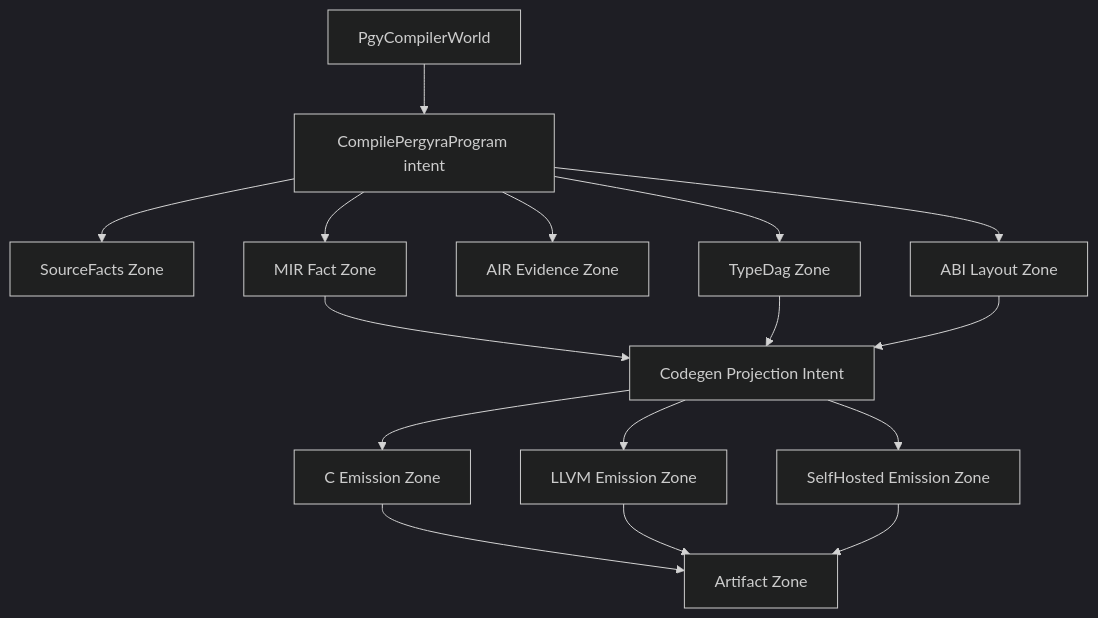
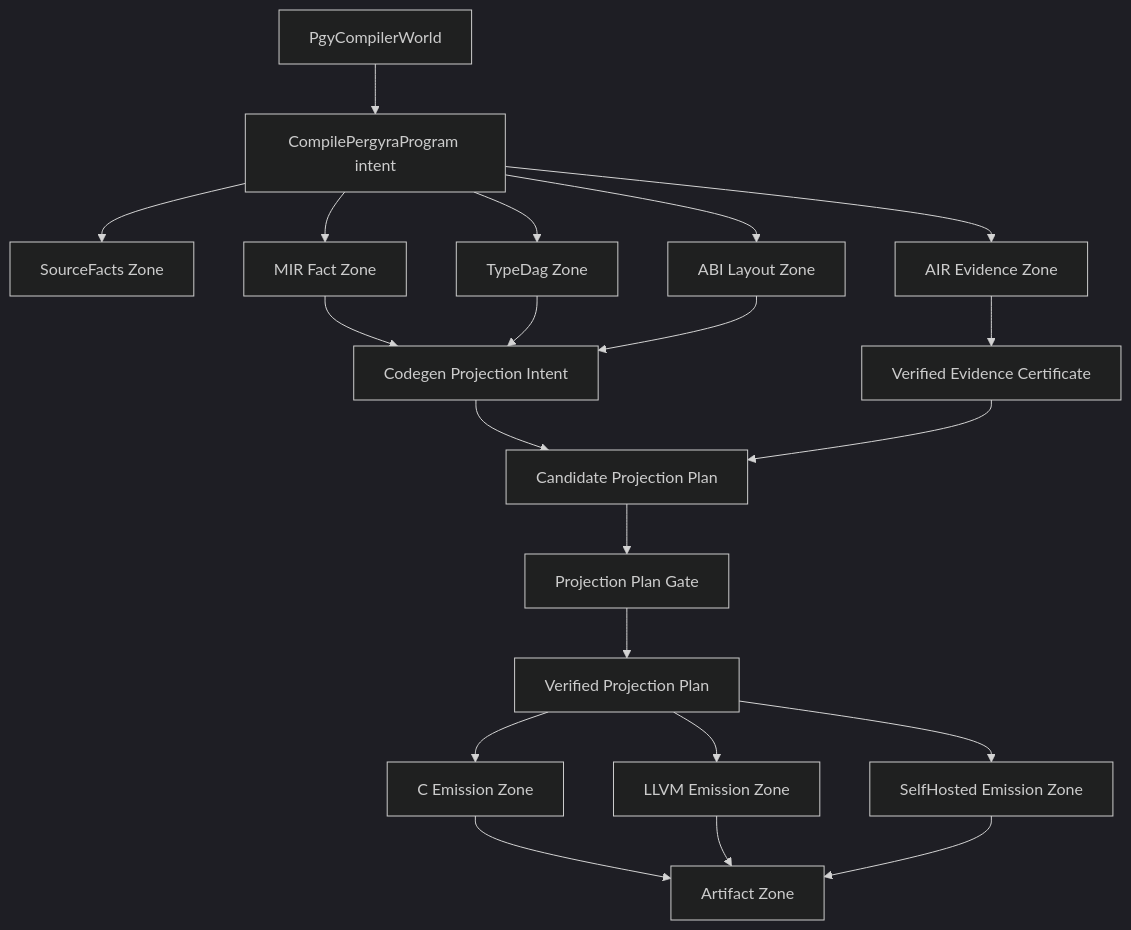
The diagram in docs/self_hosted/14_target_compiler_world.md (srtdog64/PergyraLang), drawn with Mermaid (dark theme) before and after one commit. The commit also changed other lines of this file and 11 other files, not shown here.

````diff
--- a/docs/self_hosted/14_target_compiler_world.md
+++ b/docs/self_hosted/14_target_compiler_world.md
@@ -17,25 +17,31 @@
 ```mermaid
 flowchart TD
     W["PgyCompilerWorld"]
     I["CompilePergyraProgram intent"]
 
     W --> I
 
     I --> SF["SourceFacts Zone"]
     I --> TD["TypeDag Zone"]
     I --> AE["AIR Evidence Zone"]
     I --> MF["MIR Fact Zone"]
     I --> AL["ABI Layout Zone"]
 
     MF --> CG["Codegen Projection Intent"]
     TD --> CG
     AL --> CG
 
-    CG --> CE["C Emission Zone"]
-    CG --> LE["LLVM Emission Zone"]
-    CG --> SE["SelfHosted Emission Zone"]
+    AE --> AC["Verified Evidence Certificate"]
+    CG --> CP["Candidate Projection Plan"]
+    AC --> CP
+    CP --> PV["Projection Plan Gate"]
+    PV --> VP["Verified Projection Plan"]
+
+    VP --> CE["C Emission Zone"]
+    VP --> LE["LLVM Emission Zone"]
+    VP --> SE["SelfHosted Emission Zone"]
 
     CE --> AZ["Artifact Zone"]
     LE --> AZ
     SE --> AZ
 ```
````
